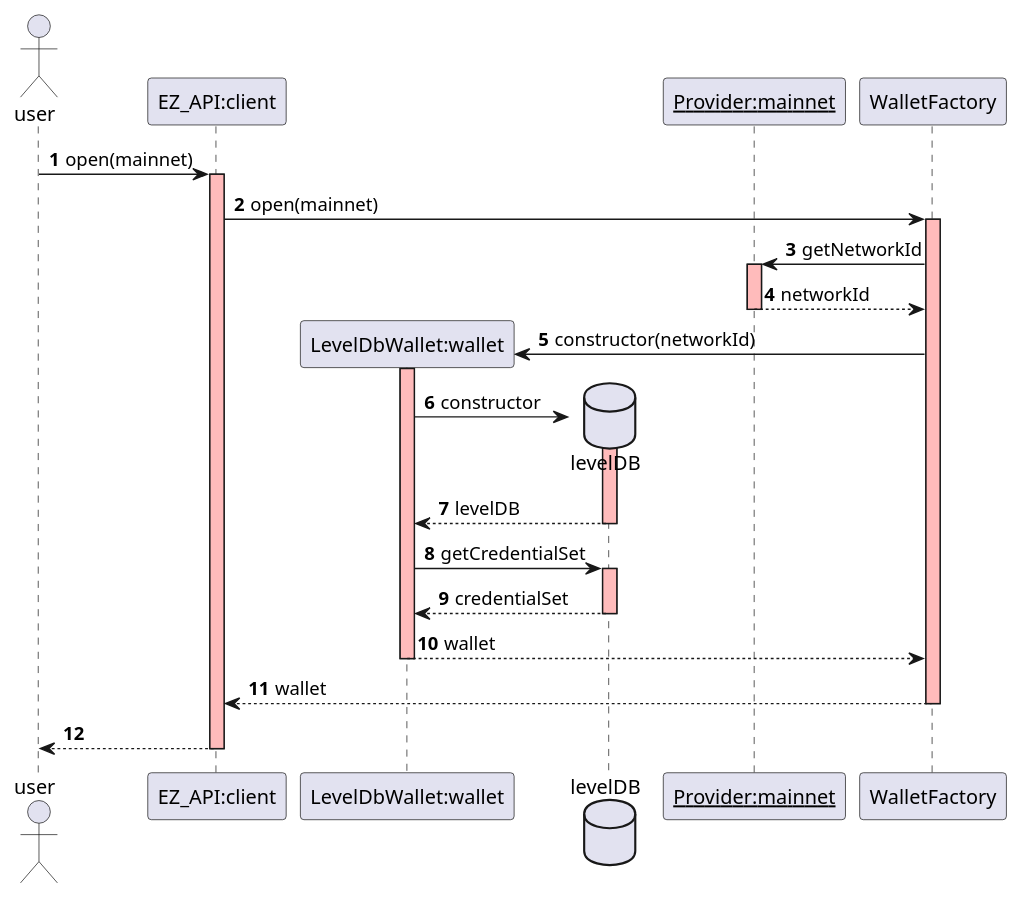
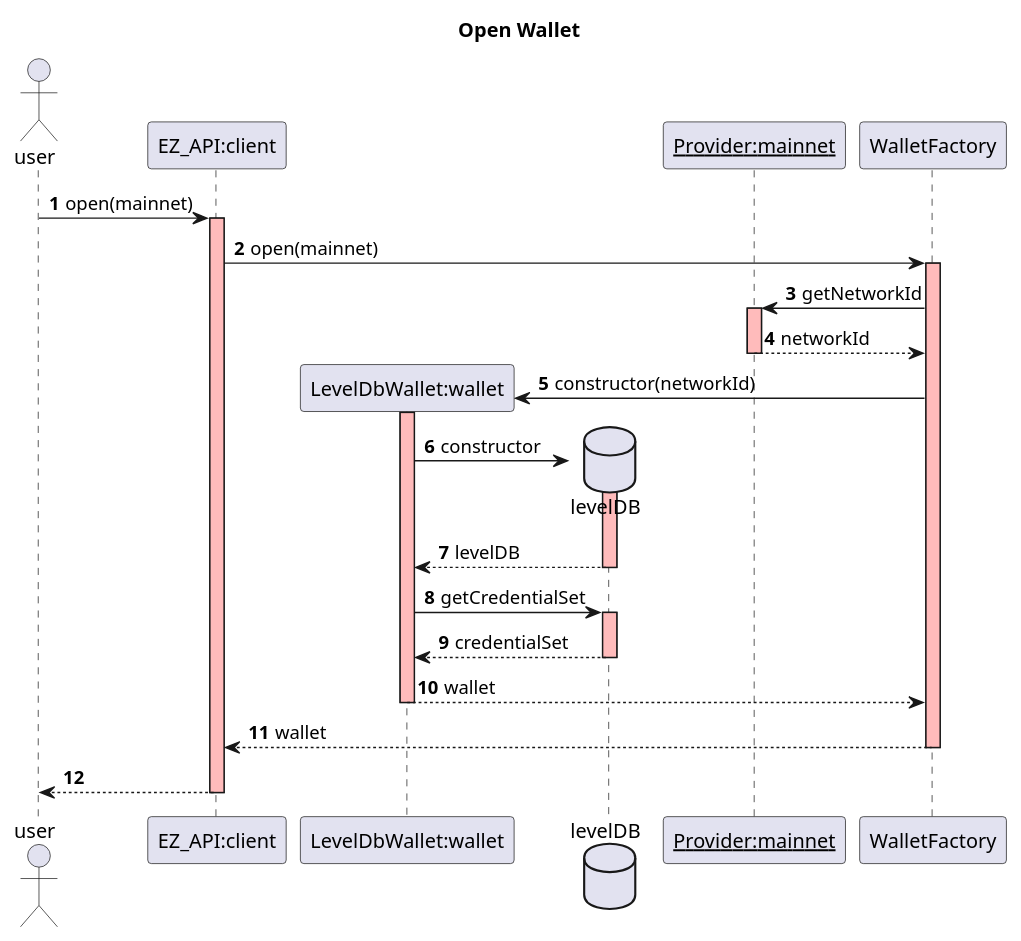
One commit to mgrand-topl/PlantUML_Sandbox changed the diagram in use_case_1open_sequence.puml. Above: the diagram before and after it, drawn with PlantUML. The commit also changed 2 other files, not shown here.

```diff
--- a/use_case_1open_sequence.puml
+++ b/use_case_1open_sequence.puml
@@ -1,30 +1,30 @@
 @startuml
 skinparam sequence {
   LifeLineBackgroundColor #FFBBBB
 }
-
+title Open Wallet
 autonumber
 autoactivate on
 actor user
 participant "EZ_API:client" as client
 participant "LevelDbWallet:wallet" as wallet
 database levelDB
 participant "__Provider:mainnet__" as mainnet
 user ->client: open(mainnet)
   client -> WalletFactory: open(mainnet)
     WalletFactory -> mainnet: getNetworkId
     return networkId
 
     create wallet
     WalletFactory -> wallet : constructor(networkId)
       create levelDB
       wallet -> levelDB : constructor
       return levelDB
 
       wallet -> levelDB : getCredentialSet
       return credentialSet
     return wallet
 
   return wallet
 return
 @enduml
```
